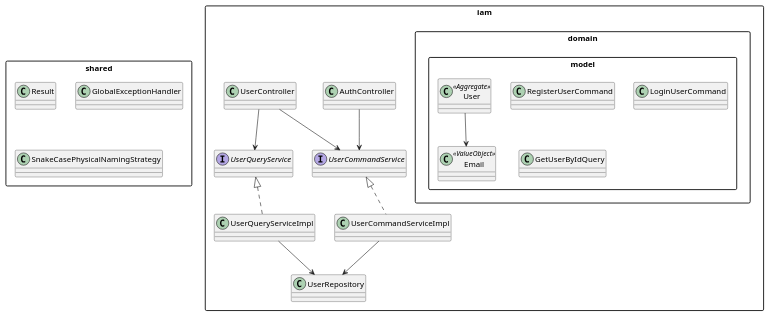
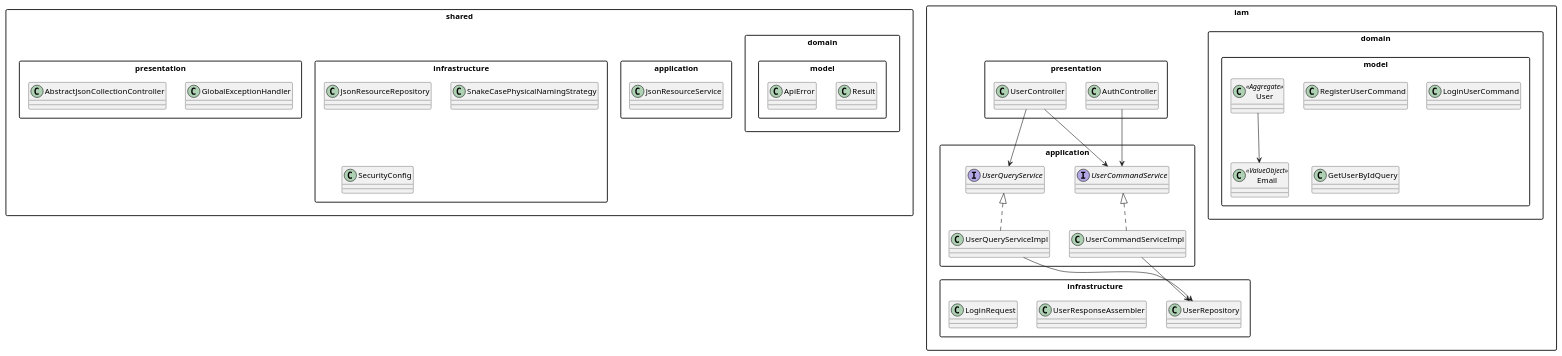
Before and after one commit to BL-App-Open-Source-1ASI0729-2610-12029/Veltrix-DomotiCore-Back-end: the diagram in docs/class-diagram.puml, drawn with PlantUML. The commit also changed 203 other files, not shown here.

```diff
--- a/docs/class-diagram.puml
+++ b/docs/class-diagram.puml
@@ -1,36 +1,56 @@
 @startuml
 skinparam packageStyle rectangle
 
 package "shared" {
-  class Result
-  class GlobalExceptionHandler
-  class SnakeCasePhysicalNamingStrategy
+  package "domain.model" {
+    class Result
+    class ApiError
+  }
+  package "application" {
+    class JsonResourceService
+  }
+  package "infrastructure" {
+    class JsonResourceRepository
+    class SnakeCasePhysicalNamingStrategy
+    class SecurityConfig
+  }
+  package "presentation" {
+    class GlobalExceptionHandler
+    class AbstractJsonCollectionController
+  }
 }
 
 package "iam" {
   package "domain.model" {
     class User <<Aggregate>>
     class Email <<ValueObject>>
     class RegisterUserCommand
     class LoginUserCommand
     class GetUserByIdQuery
   }
-
-  interface UserCommandService
-  interface UserQueryService
-  class UserCommandServiceImpl
-  class UserQueryServiceImpl
-  class UserRepository
-  class AuthController
-  class UserController
+  package "application" {
+    interface UserCommandService
+    interface UserQueryService
+    class UserCommandServiceImpl
+    class UserQueryServiceImpl
+  }
+  package "infrastructure" {
+    class UserRepository
+    class UserResponseAssembler
+    class LoginRequest
+  }
+  package "presentation" {
+    class AuthController
+    class UserController
+  }
 }
 
 UserCommandService <|.. UserCommandServiceImpl
 UserQueryService <|.. UserQueryServiceImpl
 UserCommandServiceImpl --> UserRepository
 UserQueryServiceImpl --> UserRepository
 AuthController --> UserCommandService
 UserController --> UserCommandService
 UserController --> UserQueryService
 User --> Email
 @enduml
```
